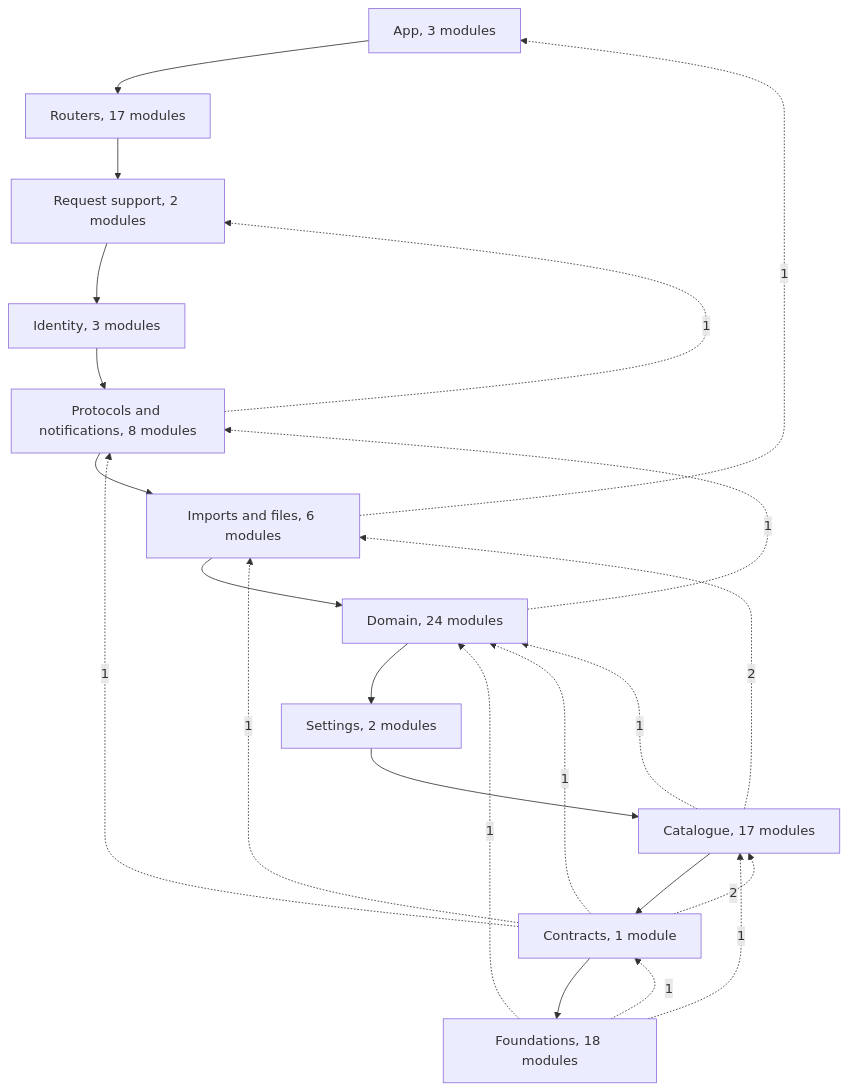
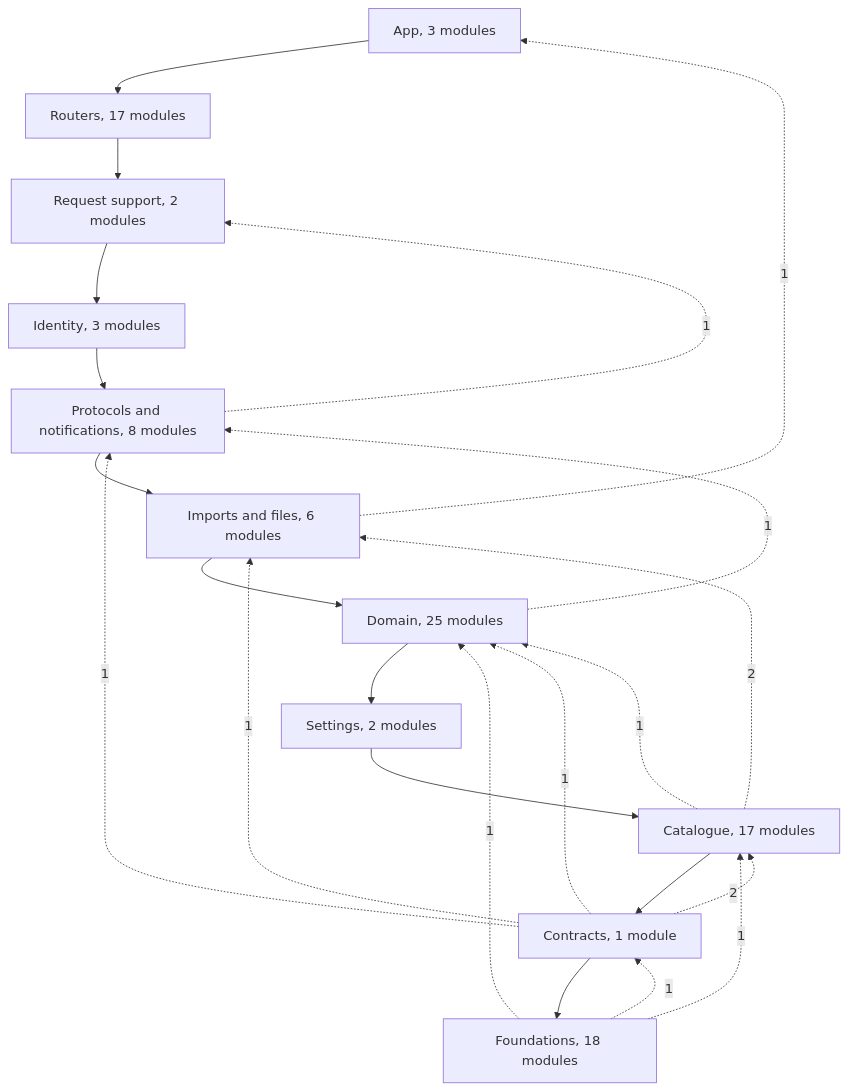
The fourth of 11 diagrams in docs/architecture.md (f-klement/endpaper), drawn with Mermaid before and after one commit. The commit also changed other lines of this file and 44 other files, not shown here.

````diff
--- a/docs/architecture.md
+++ b/docs/architecture.md
@@ -312,36 +313,36 @@
 ```mermaid
 flowchart TB
   app["App, 3 modules"]
   routers["Routers, 17 modules"]
   request["Request support, 2 modules"]
   identity["Identity, 3 modules"]
   protocols["Protocols and notifications, 8 modules"]
   files["Imports and files, 6 modules"]
-  domain["Domain, 24 modules"]
+  domain["Domain, 25 modules"]
   settings["Settings, 2 modules"]
   catalogue["Catalogue, 17 modules"]
   contracts["Contracts, 1 module"]
   foundations["Foundations, 18 modules"]
   app --> routers
   routers --> request
   request --> identity
   identity --> protocols
   protocols --> files
   files --> domain
   domain --> settings
   settings --> catalogue
   catalogue --> contracts
   contracts --> foundations
   protocols -.->|"1"| request
   files -.->|"1"| app
   domain -.->|"1"| protocols
   catalogue -.->|"2"| files
   catalogue -.->|"1"| domain
   contracts -.->|"1"| protocols
   contracts -.->|"1"| files
   contracts -.->|"1"| domain
   contracts -.->|"2"| catalogue
   foundations -.->|"1"| domain
   foundations -.->|"1"| catalogue
   foundations -.->|"1"| contracts
 ```
````
